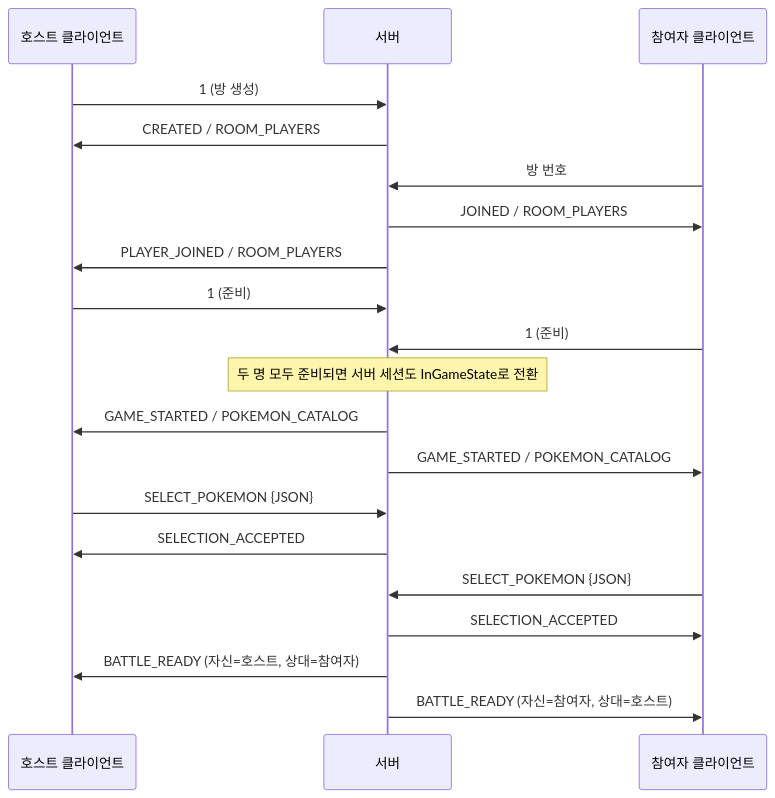
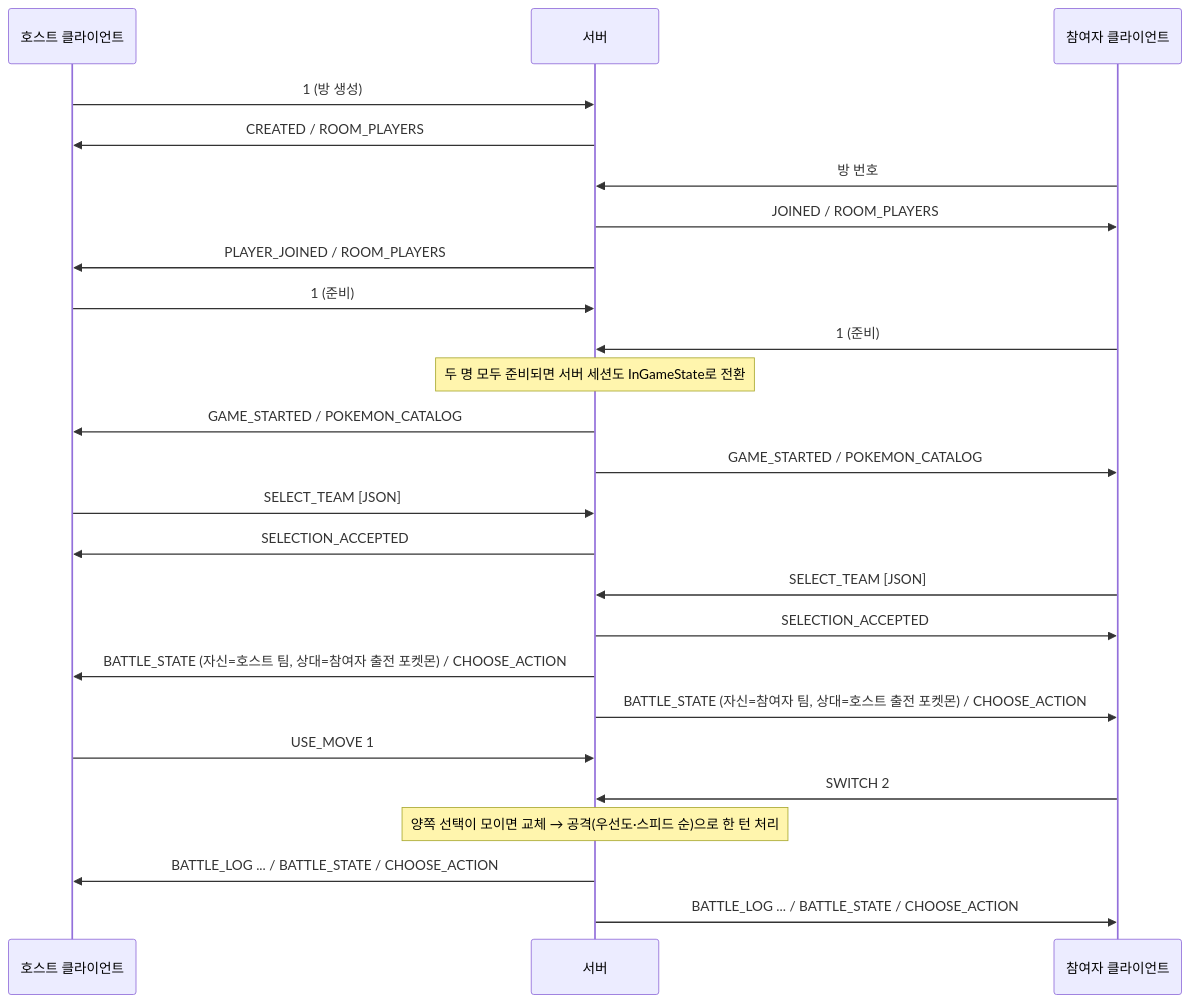
The diagram in README.md (SHJ00N/Pokemon), drawn with Mermaid before and after one commit. The commit also changed other lines of this file and 9 other files, not shown here.

````diff
--- a/README.md
+++ b/README.md
@@ -82,22 +84,27 @@
 ```mermaid
 sequenceDiagram
     participant H as 호스트 클라이언트
     participant S as 서버
     participant G as 참여자 클라이언트
     H->>S: 1 (방 생성)
     S->>H: CREATED / ROOM_PLAYERS
     G->>S: 방 번호
     S->>G: JOINED / ROOM_PLAYERS
     S->>H: PLAYER_JOINED / ROOM_PLAYERS
     H->>S: 1 (준비)
     G->>S: 1 (준비)
     Note over S: 두 명 모두 준비되면 서버 세션도 InGameState로 전환
     S->>H: GAME_STARTED / POKEMON_CATALOG
     S->>G: GAME_STARTED / POKEMON_CATALOG
-    H->>S: SELECT_POKEMON {JSON}
+    H->>S: SELECT_TEAM [JSON]
     S->>H: SELECTION_ACCEPTED
-    G->>S: SELECT_POKEMON {JSON}
+    G->>S: SELECT_TEAM [JSON]
     S->>G: SELECTION_ACCEPTED
-    S->>H: BATTLE_READY (자신=호스트, 상대=참여자)
-    S->>G: BATTLE_READY (자신=참여자, 상대=호스트)
+    S->>H: BATTLE_STATE (자신=호스트 팀, 상대=참여자 출전 포켓몬) / CHOOSE_ACTION
+    S->>G: BATTLE_STATE (자신=참여자 팀, 상대=호스트 출전 포켓몬) / CHOOSE_ACTION
+    H->>S: USE_MOVE 1
+    G->>S: SWITCH 2
+    Note over S: 양쪽 선택이 모이면 교체 → 공격(우선도·스피드 순)으로 한 턴 처리
+    S->>H: BATTLE_LOG ... / BATTLE_STATE / CHOOSE_ACTION
+    S->>G: BATTLE_LOG ... / BATTLE_STATE / CHOOSE_ACTION
 ```
````
